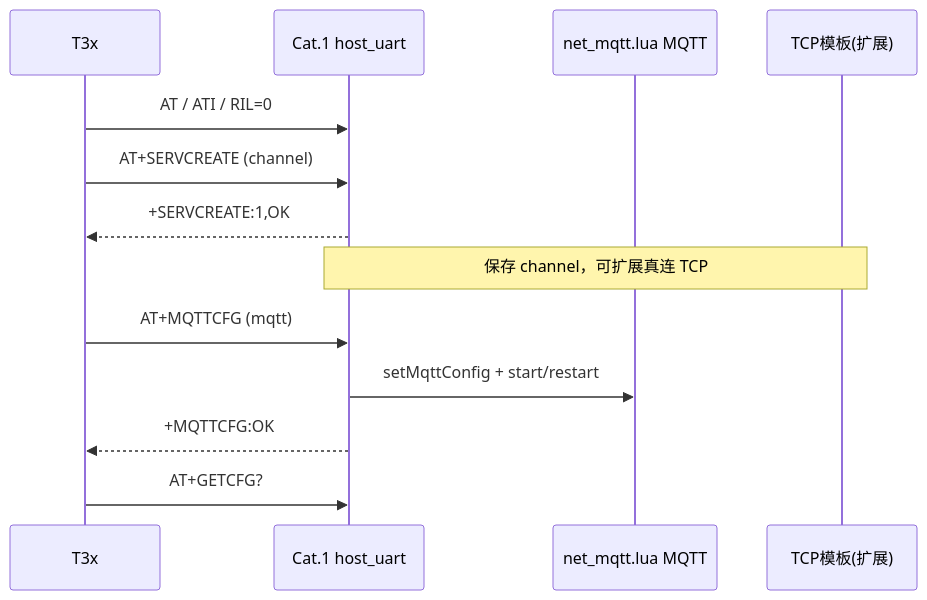
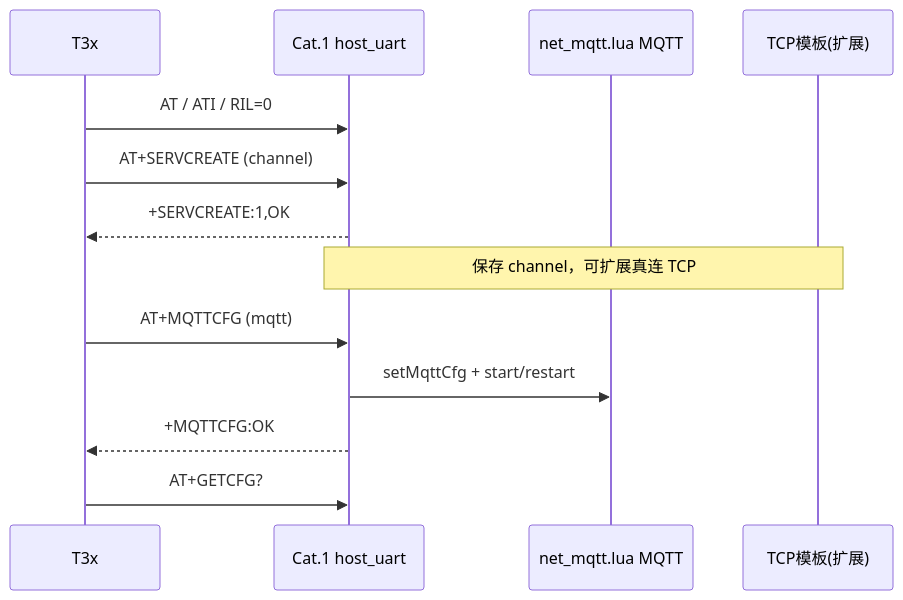
Before and after one commit to dzr1986/AIR780EHM: the diagram in doc/T3X_CAT1_AT_COMMAND_SPEC.md, drawn with Mermaid. The commit also changed other lines of this file and 84 other files, not shown here.

````diff
--- a/doc/T3X_CAT1_AT_COMMAND_SPEC.md
+++ b/doc/T3X_CAT1_AT_COMMAND_SPEC.md
@@ -233,16 +233,16 @@
 ```mermaid
 sequenceDiagram
     participant T as T3x
     participant C as Cat.1 host_uart
     participant M as net_mqtt.lua MQTT
     participant TCP as TCP模板(扩展)
 
     T->>C: AT / ATI / RIL=0
     T->>C: AT+SERVCREATE (channel)
     C-->>T: +SERVCREATE:1,OK
     Note over C,TCP: 保存 channel，可扩展真连 TCP
     T->>C: AT+MQTTCFG (mqtt)
-    C->>M: setMqttConfig + start/restart
+    C->>M: setMqttCfg + start/restart
     C-->>T: +MQTTCFG:OK
     T->>C: AT+GETCFG?
 ```
````
